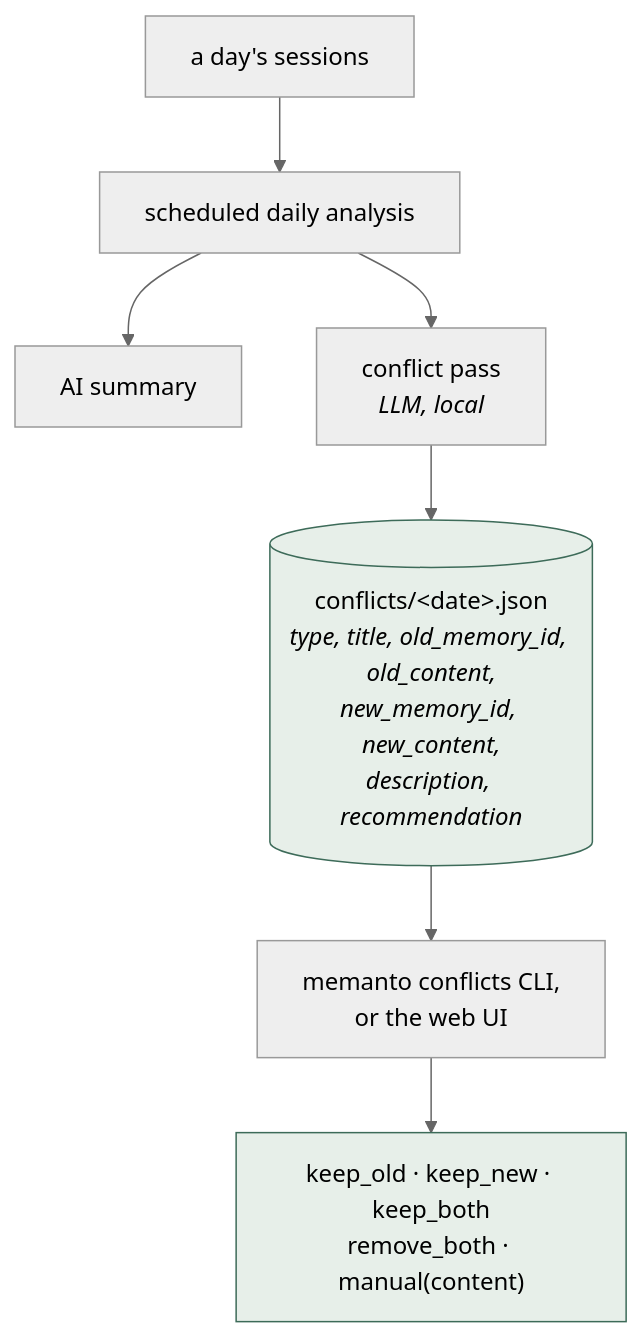
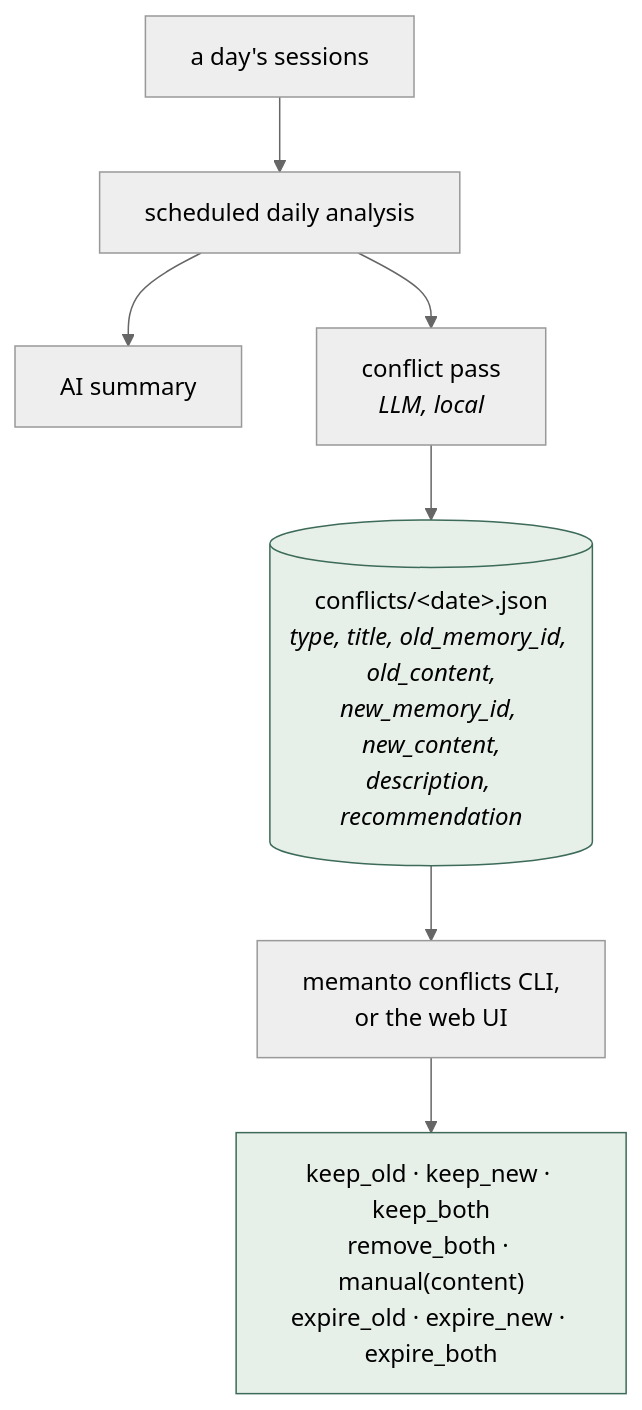
Before and after one commit to neoneye/agent-memory-atlas: the first of 2 diagrams in content/systems/memanto.md, drawn with Mermaid (neutral theme). The commit also changed other lines of this file and 99 other files, not shown here.

````diff
--- a/content/systems/memanto.md
+++ b/content/systems/memanto.md
@@ -78,13 +85,13 @@
 ```mermaid
-%% caption: the conflict pass writes a dated report holding both sides and its own recommendation, and a person picks one of five dispositions rather than the system resolving it
+%% caption: the conflict pass writes a dated report holding both sides and its own recommendation, and a person picks a disposition rather than the system resolving it
 flowchart TB
     D["a day's sessions"] --> AN["scheduled daily analysis"]
     AN --> SUM["AI summary"]
     AN --> CP["conflict pass<br/><i>LLM, local</i>"]
     CP --> F[("conflicts/&lt;date&gt;.json<br/><i>type, title, old_memory_id, old_content,<br/>new_memory_id, new_content,<br/>description, recommendation</i>")]
     F --> UI["memanto conflicts CLI,<br/>or the web UI"]
-    UI --> V["keep_old · keep_new · keep_both<br/>remove_both · manual(content)"]
+    UI --> V["keep_old · keep_new · keep_both<br/>remove_both · manual(content)<br/>expire_old · expire_new · expire_both"]
 
     style F fill:#e7efe9,stroke:#3d6b59
     style V fill:#e7efe9,stroke:#3d6b59
 ```
````
